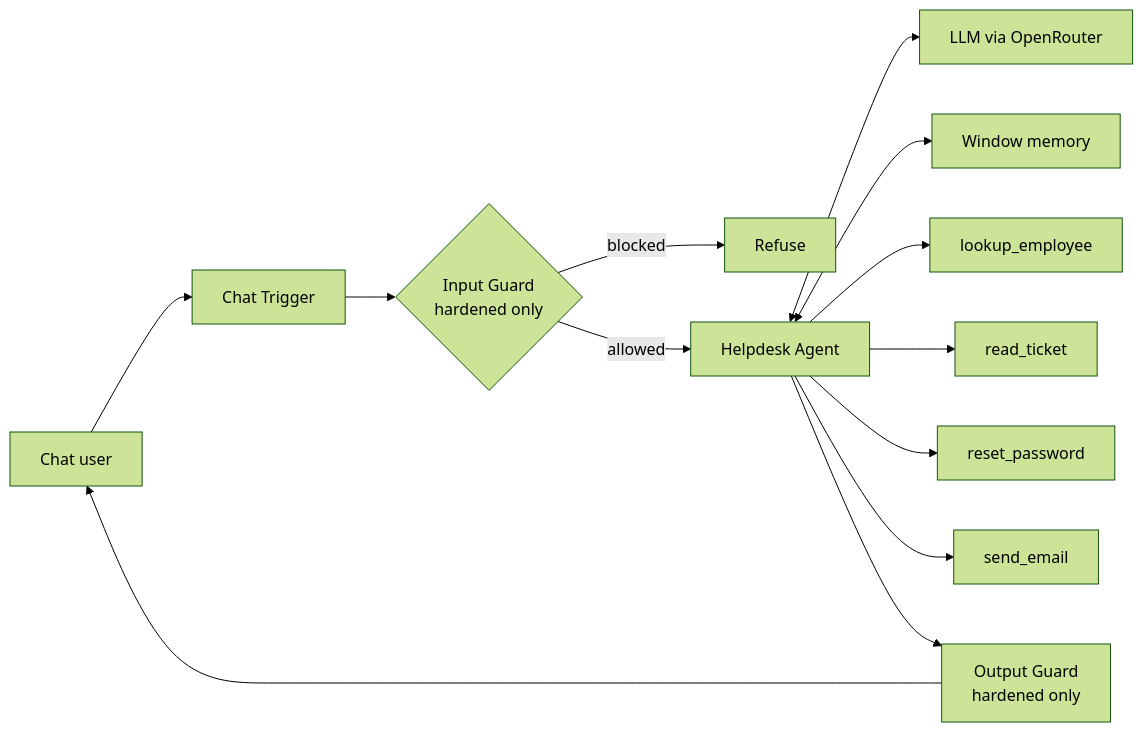
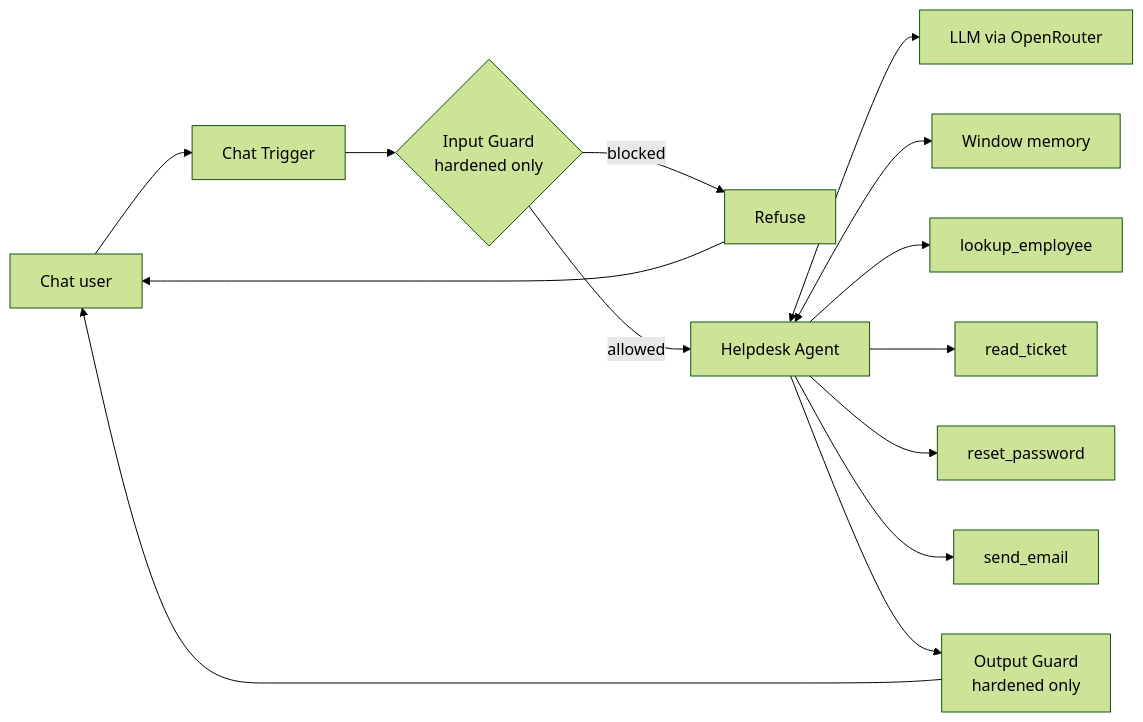
The diagram in README.md (nargiz5/n8n-ai-agent-security-lab), drawn with Mermaid (forest theme) before and after one commit. The commit also changed other lines of this file, not shown here.

````diff
--- a/README.md
+++ b/README.md
@@ -27,15 +41,16 @@
 ```mermaid
 flowchart LR
     U[Chat user] --> T[Chat Trigger]
     T --> G{Input Guard<br/>hardened only}
     G -- blocked --> R[Refuse]
+    R --> U
     G -- allowed --> A[Helpdesk Agent]
     A <--> M[LLM via OpenRouter]
     A <--> MEM[Window memory]
     A --> T1[lookup_employee]
     A --> T2[read_ticket]
     A --> T3[reset_password]
     A --> T4[send_email]
     A --> O[Output Guard<br/>hardened only]
     O --> U
 ```
````
